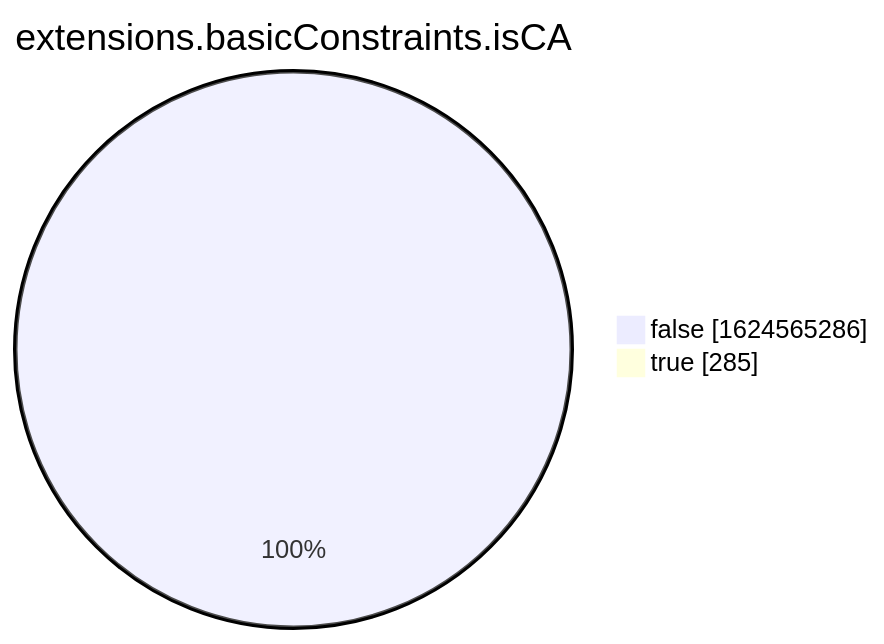
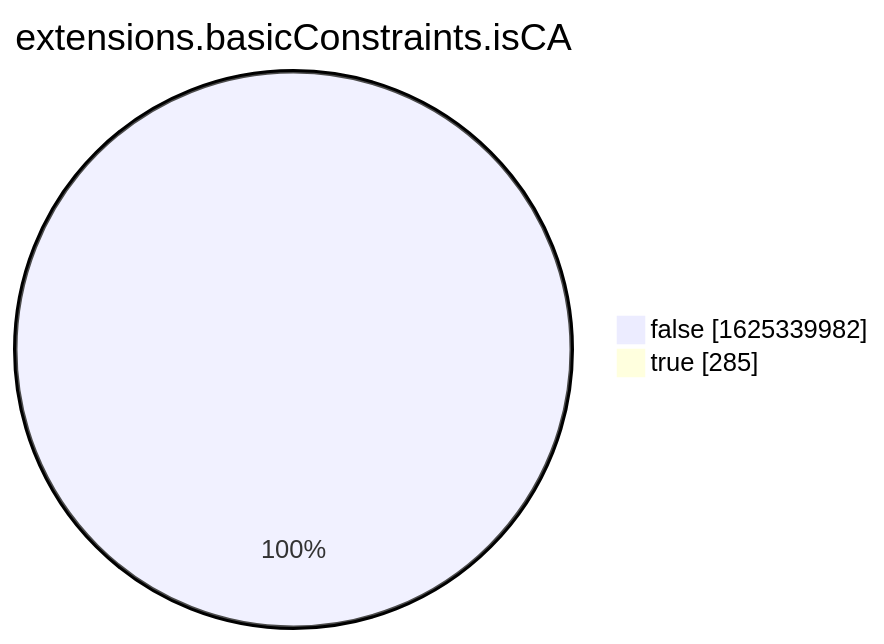
Before and after one commit to christiankrug/ctmonitor_visualization: the eighth of 15 diagrams in xenon2022/README.md, drawn with Mermaid. The commit also changed other lines of this file, not shown here.

````diff
--- a/xenon2022/README.md
+++ b/xenon2022/README.md
@@ -2863,6 +2863,6 @@
 ```mermaid
 pie showData
 title extensions.basicConstraints.isCA
-"false" :1624565286
+"false" :1625339982
 "true" :285
 ```
````
